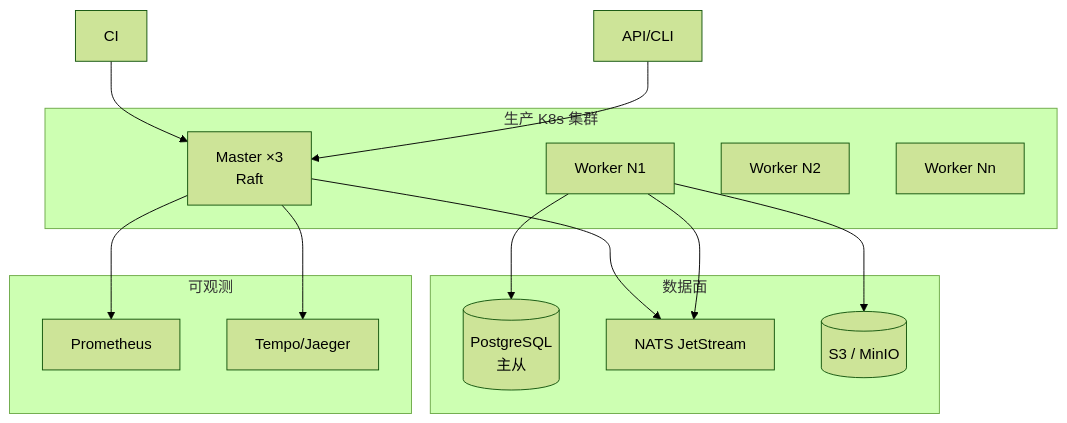
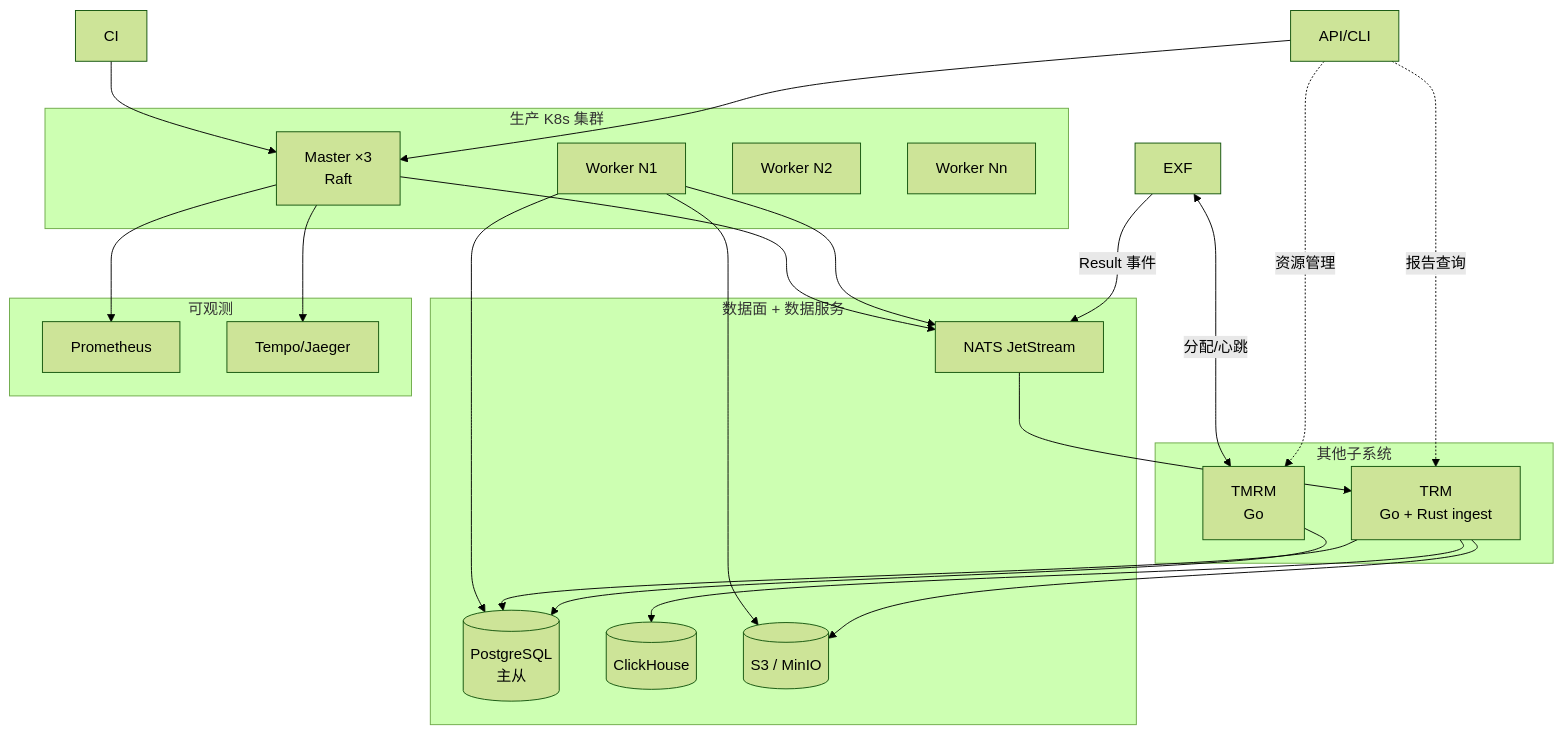
One commit to OneTearOneSmoke/oneTear changed the third of 3 diagrams in docs/ai-test/architecture.md. Above: the diagram before and after it, drawn with Mermaid (forest theme). The commit also changed other lines of this file and 4 other files, not shown here.

First line of the commit message:
docs(aitest): add TRM (test report) and TMRM (test farm) module designs

````diff
--- a/docs/ai-test/architecture.md
+++ b/docs/ai-test/architecture.md
@@ -151,26 +168,40 @@
 ```mermaid
 flowchart TB
   subgraph Cluster["生产 K8s 集群"]
     M1[Master ×3<br/>Raft]
     W1[Worker N1]
     W2[Worker N2]
     WN[Worker Nn]
   end
-  subgraph Data["数据面"]
+  subgraph Data["数据面 + 数据服务"]
     PG[(PostgreSQL<br/>主从)]
+    CH[(ClickHouse)]
     NATS[NATS JetStream]
     S3[(S3 / MinIO)]
+  end
+  subgraph Subs["其他子系统"]
+    TRM[TRM<br/>Go + Rust ingest]
+    TMRM[TMRM<br/>Go]
   end
   subgraph Obs["可观测"]
     Prom[Prometheus]
     Tempo[Tempo/Jaeger]
   end
   M1 --> NATS
   W1 --> NATS
   W1 --> PG
   W1 --> S3
+  EXF -- Result 事件 --> NATS
+  NATS --> TRM
+  TRM --> PG
+  TRM --> CH
+  TRM --> S3
+  EXF <-- 分配/心跳 --> TMRM
+  TMRM --> PG
   M1 --> Prom
   M1 --> Tempo
   CI[CI] --> M1
   Client[API/CLI] --> M1
+  Client -. 报告查询 .-> TRM
+  Client -. 资源管理 .-> TMRM
 ```
````
